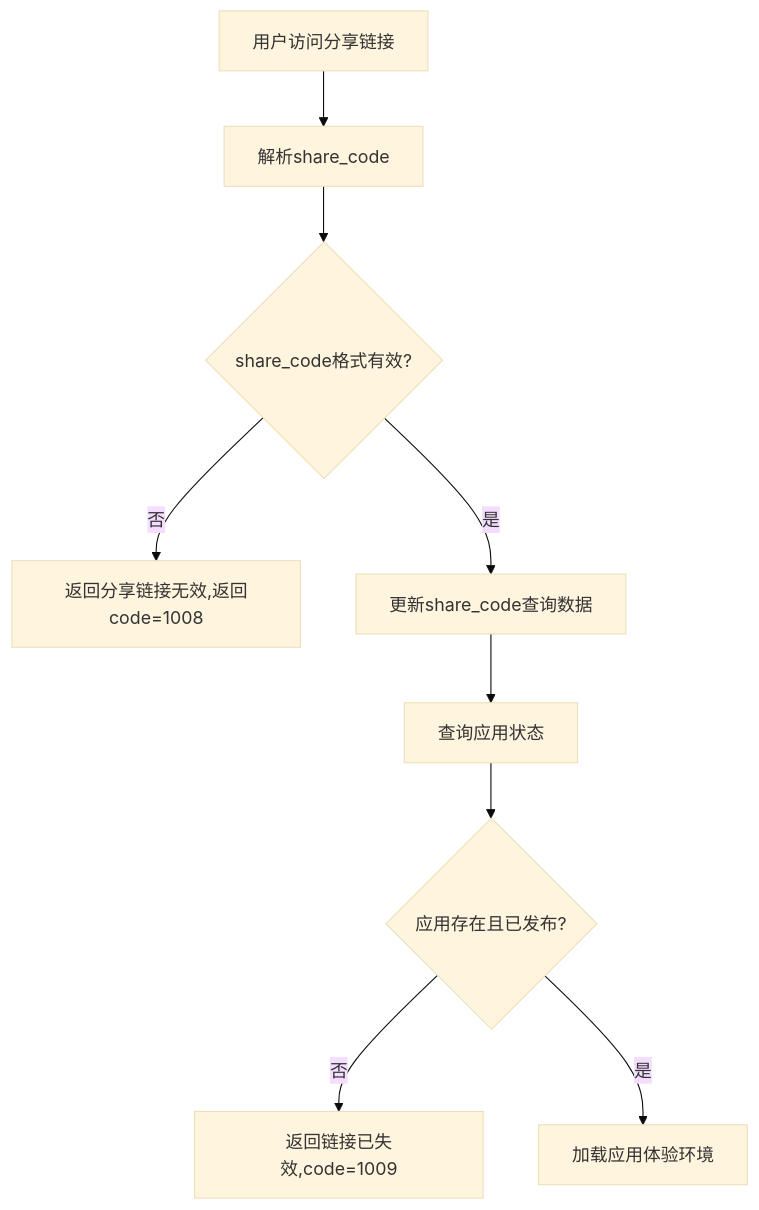
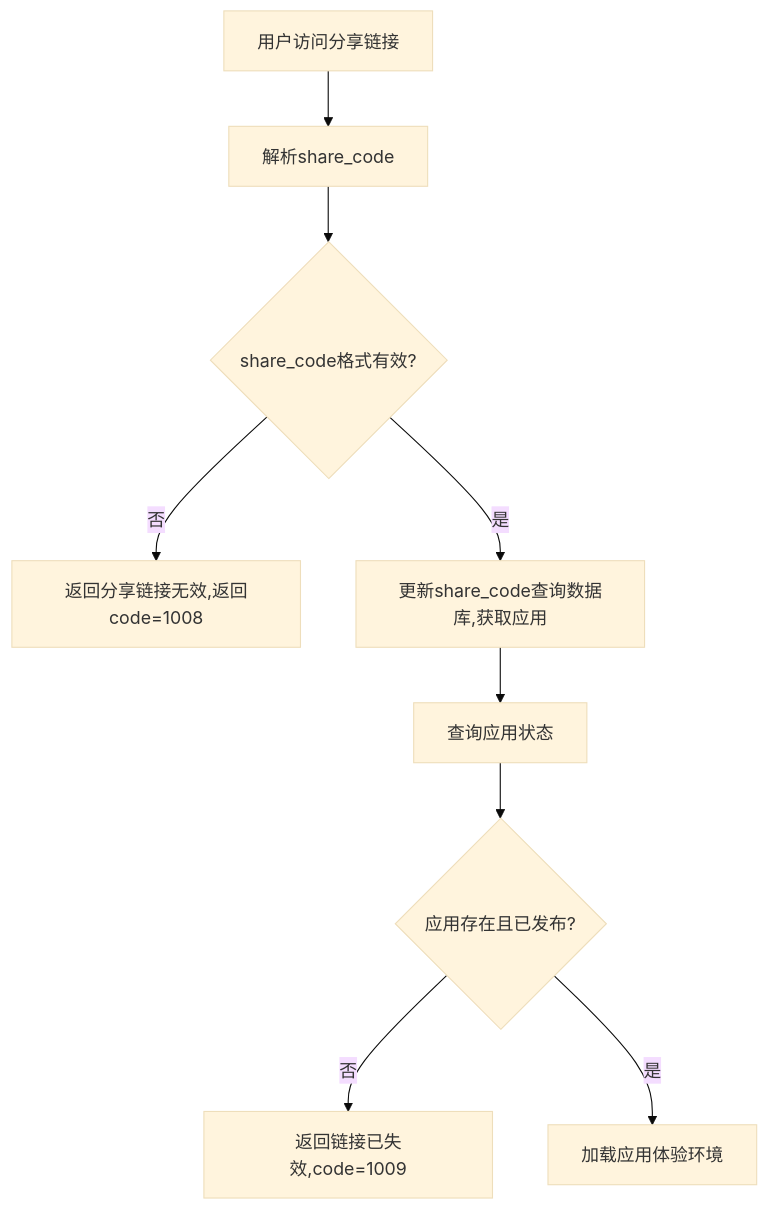
Before and after one commit to yingjianzh/iodraw-files: the diagram in all/未命名-67.md, drawn with Mermaid (base theme).

Commit message:
2025-05-28 11:50:29 update

````diff
--- a/all/未命名-67.md
+++ b/all/未命名-67.md
@@ -1,13 +1,13 @@
 ```mermaid
 
 flowchart TD
     G[用户访问分享链接] --> H[解析share_code]
     H --> I{share_code格式有效?}
     I -->|否| J[返回分享链接无效,返回code=1008]
-    I -->|是| K[更新share_code查询数据]
+    I -->|是| K[更新share_code查询数据库,获取应用]
     K --> L[查询应用状态]
     L --> M{应用存在且已发布?}
     M -->|否| N[返回链接已失效,code=1009]
     M -->|是| O[加载应用体验环境]
 
 ```
````
